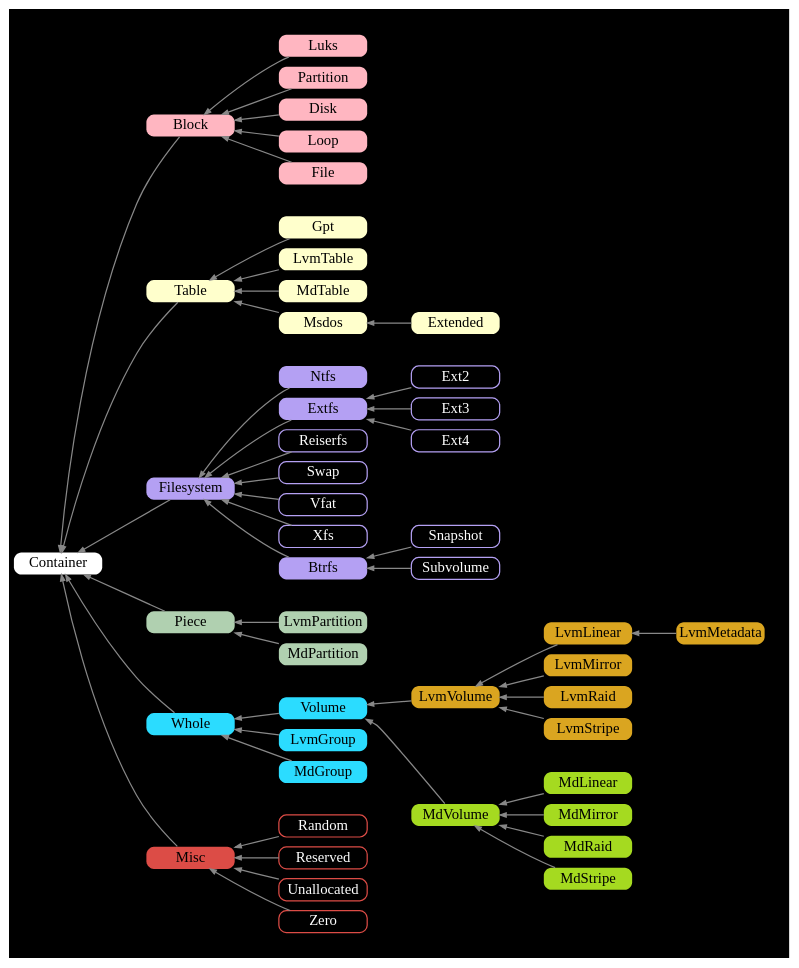
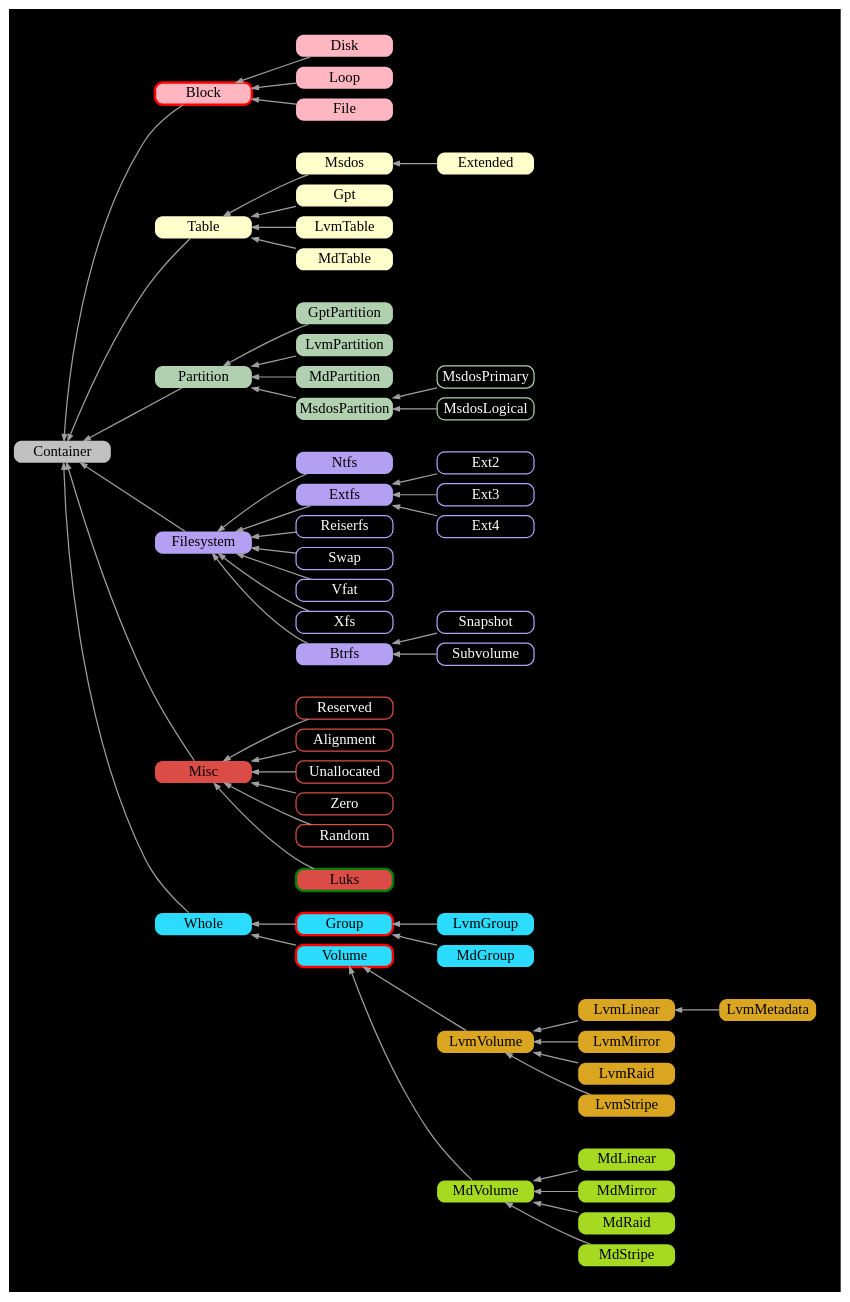
Before and after one commit to flatcap/dparted: the diagram in gfx/class_dparted5.gv, drawn with Graphviz. The commit also changed 4 other files, not shown here.

```diff
--- a/gfx/class_dparted5.gv
+++ b/gfx/class_dparted5.gv
@@ -1,181 +1,195 @@
 digraph G
 {
 	graph [
 		rankdir="RL"
 		bgcolor=black
 		color=white
 		nodesep=0.1
 		ranksep=0.5
 	];
+
 	node [
 		shape=Mrecord
 		fontsize=12
 		style=filled
-		color=white
-		width="1.0"
+		width="1.1"
 		height="0.25"
 		fixedsize=true
-		penwidth=0
+		penwidth=0.0
 	];
 
 	edge [
 		penwidth=1.0
-		color="#888888"
+		color="#A0A0A0"
 		arrowsize=0.5
 	];
 
-	Container      [ fillcolor="#FFFFFF" ];
+	Container      [ fillcolor="#C0C0C0" ];
 
-	Block          [ fillcolor="#FFB6C1" ];
-	Luks           [ fillcolor="#FFB6C1" /*penwidth=2 color=red*/ ]; // device
-	Partition      [ fillcolor="#FFB6C1" /*penwidth=2 color=red*/ ]; // device
-	Disk           [ fillcolor="#FFB6C1" /*penwidth=2 color=red*/ ]; // device
-	Loop           [ fillcolor="#FFB6C1" /*penwidth=2 color=red*/ ]; // device
+	Block          [ fillcolor="#FFB6C1" penwidth=2 color=red ];
+	Disk           [ fillcolor="#FFB6C1" ];
+	Loop           [ fillcolor="#FFB6C1" ];
 	File           [ fillcolor="#FFB6C1" ];
 
 	Table          [ fillcolor="#FFFFCC" ];
+	Msdos          [ fillcolor="#FFFFCC" ];
+	Extended       [ fillcolor="#FFFFCC" ];
 	Gpt            [ fillcolor="#FFFFCC" ];
 	LvmTable       [ fillcolor="#FFFFCC" ];
 	MdTable        [ fillcolor="#FFFFCC" ];
-	Msdos          [ fillcolor="#FFFFCC" ];
-	Extended       [ fillcolor="#FFFFCC" /*penwidth=2 color=red*/ ]; // device
 
+	Partition      [ fillcolor="#B0D0B0" ];
+	MsdosPartition [ fillcolor="#B0D0B0" ];
+	GptPartition   [ fillcolor="#B0D0B0" ];
+	LvmPartition   [ fillcolor="#B0D0B0" ];
+	MdPartition    [ fillcolor="#B0D0B0" ];
+
+	MsdosPrimary   [ color="#B0D0B0" fontcolor=white style=solid penwidth=1 ];
+	MsdosLogical   [ color="#B0D0B0" fontcolor=white style=solid penwidth=1 ];
+
+	Filesystem     [ fillcolor="#B4A0F3" ];
+	Extfs          [ fillcolor="#B4A0F3" ];
 	Btrfs          [ fillcolor="#B4A0F3" ];
-	Extfs          [ fillcolor="#B4A0F3" ];
-	Filesystem     [ fillcolor="#B4A0F3" ];
 	Ntfs           [ fillcolor="#B4A0F3" ];
 
-	Ext2  [ color="#B4A0F3" fontcolor=white style=solid penwidth=1 ];
-	Ext3  [ color="#B4A0F3" fontcolor=white style=solid penwidth=1 ];
-	Ext4  [ color="#B4A0F3" fontcolor=white style=solid penwidth=1 ];
+	Ext2           [ color="#B4A0F3" fontcolor=white style=solid penwidth=1 ];
+	Ext3           [ color="#B4A0F3" fontcolor=white style=solid penwidth=1 ];
+	Ext4           [ color="#B4A0F3" fontcolor=white style=solid penwidth=1 ];
 
 	Reiserfs       [ color="#B4A0F3" fontcolor=white style=solid penwidth=1 ];
 	Swap           [ color="#B4A0F3" fontcolor=white style=solid penwidth=1 ];
 	Vfat           [ color="#B4A0F3" fontcolor=white style=solid penwidth=1 ];
 	Xfs            [ color="#B4A0F3" fontcolor=white style=solid penwidth=1 ];
 
 	BtrfsSnapshot  [ label="Snapshot"  color="#B4A0F3" fontcolor=white style=solid penwidth=1 ];
 	BtrfsSubvolume [ label="Subvolume" color="#B4A0F3" fontcolor=white style=solid penwidth=1 ];
 
-	LvmPartition   [ fillcolor="#B0D0B0" ];
-	MdPartition    [ fillcolor="#B0D0B0" ];
-	Piece          [ fillcolor="#B0D0B0" ];
+	Misc           [ fillcolor="#DC4C46" ];
 
-	Volume         [ fillcolor="#2BDCFF" /*penwidth=2 color=red*/ ]; // device
+	Reserved       [ color="#DC4C46" fontcolor=white style=solid penwidth=1 ];
+	Alignment      [ color="#DC4C46" fontcolor=white style=solid penwidth=1 ];
+	Unallocated    [ color="#DC4C46" fontcolor=white style=solid penwidth=1 ];
+	Zero           [ color="#DC4C46" fontcolor=white style=solid penwidth=1 ];
+	Random         [ color="#DC4C46" fontcolor=white style=solid penwidth=1 ];
+
+	Luks           [ fillcolor="#DC4C46" penwidth=2 color=green ];
+
+	Volume         [ fillcolor="#2BDCFF" penwidth=2 color=red ];
 	Whole          [ fillcolor="#2BDCFF" ];
+	Group          [ fillcolor="#2BDCFF" penwidth=2 color=red ];
 	LvmGroup       [ fillcolor="#2BDCFF" ];
 	MdGroup        [ fillcolor="#2BDCFF" ];
 
-	LvmLinear      [ fillcolor="#DAA520" /*penwidth=2 color=red*/ ]; // device
-	LvmMetadata    [ fillcolor="#DAA520" /*penwidth=2 color=red*/ ]; // device
-	LvmMirror      [ fillcolor="#DAA520" /*penwidth=2 color=red*/ ]; // device
-	LvmRaid        [ fillcolor="#DAA520" /*penwidth=2 color=red*/ ]; // device
-	LvmStripe      [ fillcolor="#DAA520" /*penwidth=2 color=red*/ ]; // device
-	LvmVolume      [ fillcolor="#DAA520" /*penwidth=2 color=red*/ ]; // device
+	LvmLinear      [ fillcolor="#DAA520" ];
+	LvmMetadata    [ fillcolor="#DAA520" ];
+	LvmMirror      [ fillcolor="#DAA520" ];
+	LvmRaid        [ fillcolor="#DAA520" ];
+	LvmStripe      [ fillcolor="#DAA520" ];
+	LvmVolume      [ fillcolor="#DAA520" ];
 
-	MdLinear       [ fillcolor="#A5DA20" /*penwidth=2 color=red*/ ]; // device
-	MdMirror       [ fillcolor="#A5DA20" /*penwidth=2 color=red*/ ]; // device
-	MdRaid         [ fillcolor="#A5DA20" /*penwidth=2 color=red*/ ]; // device
-	MdStripe       [ fillcolor="#A5DA20" /*penwidth=2 color=red*/ ]; // device
-	MdVolume       [ fillcolor="#A5DA20" /*penwidth=2 color=red*/ ]; // device
-
-	Misc           [ fillcolor="#DC4C46" ];
-
-	Random         [ color="#DC4C46" fontcolor=white style=solid penwidth=1 ];
-	Reserved       [ color="#DC4C46" fontcolor=white style=solid penwidth=1 ];
-	Unallocated    [ color="#DC4C46" fontcolor=white style=solid penwidth=1 ];
-	Zero           [ color="#DC4C46" fontcolor=white style=solid penwidth=1 ];
+	MdLinear       [ fillcolor="#A5DA20" ];
+	MdMirror       [ fillcolor="#A5DA20" ];
+	MdRaid         [ fillcolor="#A5DA20" ];
+	MdStripe       [ fillcolor="#A5DA20" ];
+	MdVolume       [ fillcolor="#A5DA20" ];
 
 	Block      -> Container;
 	Filesystem -> Container;
 	Misc       -> Container;
-	Piece      -> Container;
+	Partition  -> Container;
 	Table      -> Container;
 	Whole      -> Container;
 
 	LvmVolume  -> Volume;
 	MdVolume   -> Volume;
 
 	subgraph cluster_1 {
 		color = transparent;
 
 		Extended             -> Msdos;
 
 		Gpt                  -> Table;
 		LvmTable             -> Table;
 		MdTable              -> Table;
 		Msdos                -> Table;
 	}
 
 	subgraph cluster_2 {
 		color = transparent;
 
 		Btrfs                -> Filesystem;
 		Extfs                -> Filesystem;
 		Ntfs                 -> Filesystem;
 		Reiserfs             -> Filesystem;
 		Swap                 -> Filesystem;
 		Vfat                 -> Filesystem;
 		Xfs                  -> Filesystem;
 
 		Ext2                 -> Extfs;
 		Ext3                 -> Extfs;
 		Ext4                 -> Extfs;
 
 		BtrfsSubvolume       -> Btrfs;
 		BtrfsSnapshot        -> Btrfs;
 	}
 
 	subgraph cluster_3 {
 		color = transparent;
 
 		Zero                 -> Misc;
 		Random               -> Misc;
 		Reserved             -> Misc;
+		Alignment            -> Misc;
 		Unallocated          -> Misc;
 	}
 
 	subgraph cluster_4 {
 		color = transparent;
 
-		LvmPartition         -> Piece;
-		MdPartition          -> Piece;
+		MsdosPartition       -> Partition;
+		GptPartition         -> Partition;
+		LvmPartition         -> Partition;
+		MdPartition          -> Partition;
+
+		MsdosPrimary         -> MsdosPartition;
+		MsdosLogical         -> MsdosPartition;
 	}
 
 	subgraph cluster_5 {
 		color = transparent;
 
 		LvmMetadata          -> LvmLinear;
 		LvmLinear            -> LvmVolume;
 		LvmMirror            -> LvmVolume;
 		LvmRaid              -> LvmVolume;
 		LvmStripe            -> LvmVolume;
 	}
 
 	subgraph cluster_6 {
 		color = transparent;
 
 		MdLinear             -> MdVolume;
 		MdMirror             -> MdVolume;
 		MdRaid               -> MdVolume;
 		MdStripe             -> MdVolume;
 	}
 
 	subgraph cluster_7 {
 		color = transparent;
 
-		LvmGroup             -> Whole;
-		MdGroup              -> Whole;
+		LvmGroup             -> Group;
+		MdGroup              -> Group;
+		Group                -> Whole;
 		Volume               -> Whole;
 	}
 
 	subgraph cluster_8 {
 		color = transparent;
 
-		Partition            -> Block;
-		Luks                 -> Block;
 		Disk                 -> Block;
 		Loop                 -> Block;
 		File                 -> Block;
 	}
+
+	Luks -> Misc;
 }
```
